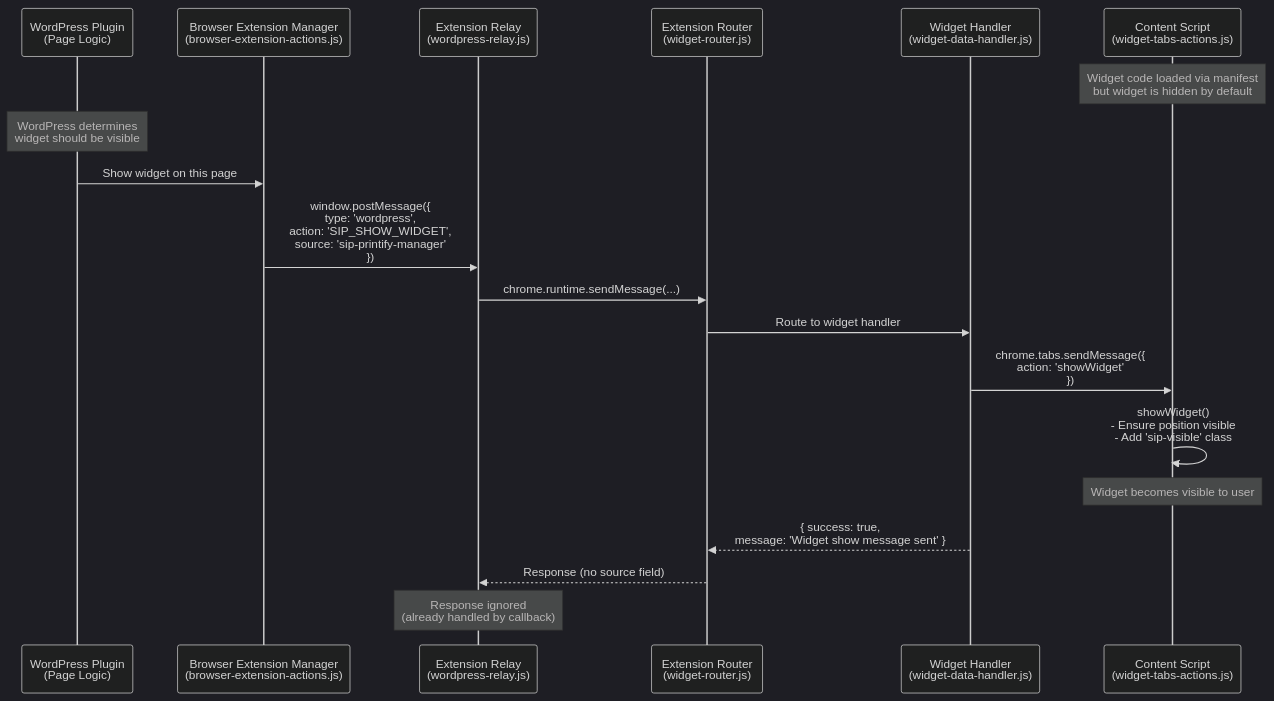
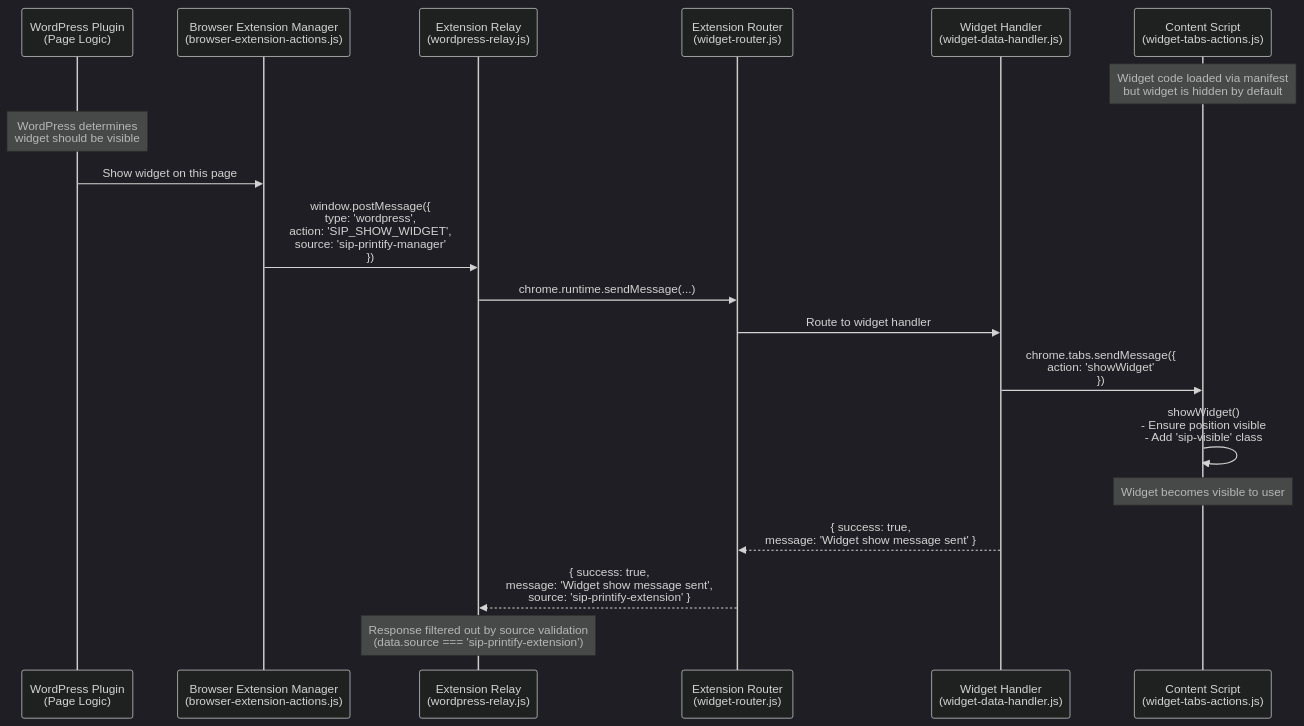
One commit to tdemelle-SiP/.claude changed the second of 2 diagrams in guidelines/extension-detection-guidelines.md. Above: the diagram before and after it, drawn with Mermaid (dark theme). The commit also changed 2 other files, not shown here.

Commit message:
major documentation guidelines and sip printify exteions guidelinees refactor

````diff
--- a/guidelines/extension-detection-guidelines.md
+++ b/guidelines/extension-detection-guidelines.md
@@ -70,30 +70,30 @@
 ```mermaid
 sequenceDiagram
     participant WP as WordPress Plugin<br/>(Page Logic)
     participant BEM as Browser Extension Manager<br/>(browser-extension-actions.js)
     participant Relay as Extension Relay<br/>(wordpress-relay.js)
     participant Router as Extension Router<br/>(widget-router.js)
     participant Handler as Widget Handler<br/>(widget-data-handler.js)
     participant CS as Content Script<br/>(widget-tabs-actions.js)
     
     Note over CS: Widget code loaded via manifest<br/>but widget is hidden by default
     
     Note over WP: WordPress determines<br/>widget should be visible
     
     WP->>BEM: Show widget on this page
     BEM->>Relay: window.postMessage({<br/>  type: 'wordpress',<br/>  action: 'SIP_SHOW_WIDGET',<br/>  source: 'sip-printify-manager'<br/>})
     
     Relay->>Router: chrome.runtime.sendMessage(...)
     Router->>Handler: Route to widget handler
     
     Handler->>CS: chrome.tabs.sendMessage({<br/>  action: 'showWidget'<br/>})
     
     CS->>CS: showWidget()<br/>- Ensure position visible<br/>- Add 'sip-visible' class
     
     Note over CS: Widget becomes visible to user
     
     Handler-->>Router: { success: true,<br/>  message: 'Widget show message sent' }
-    Router-->>Relay: Response (no source field)
+    Router-->>Relay: { success: true,<br/>  message: 'Widget show message sent',<br/>  source: 'sip-printify-extension' }
     
-    Note over Relay: Response ignored<br/>(already handled by callback)
+    Note over Relay: Response filtered out by source validation<br/>(data.source === 'sip-printify-extension')
 ```
````
